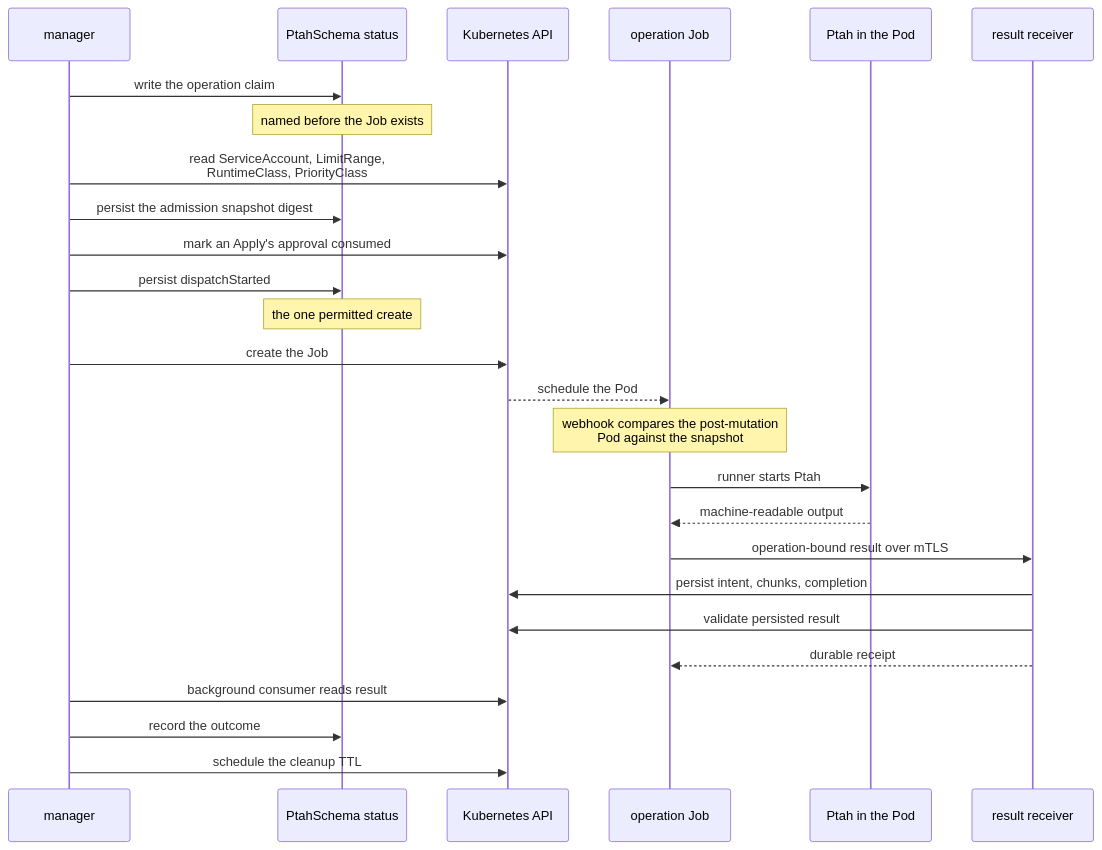
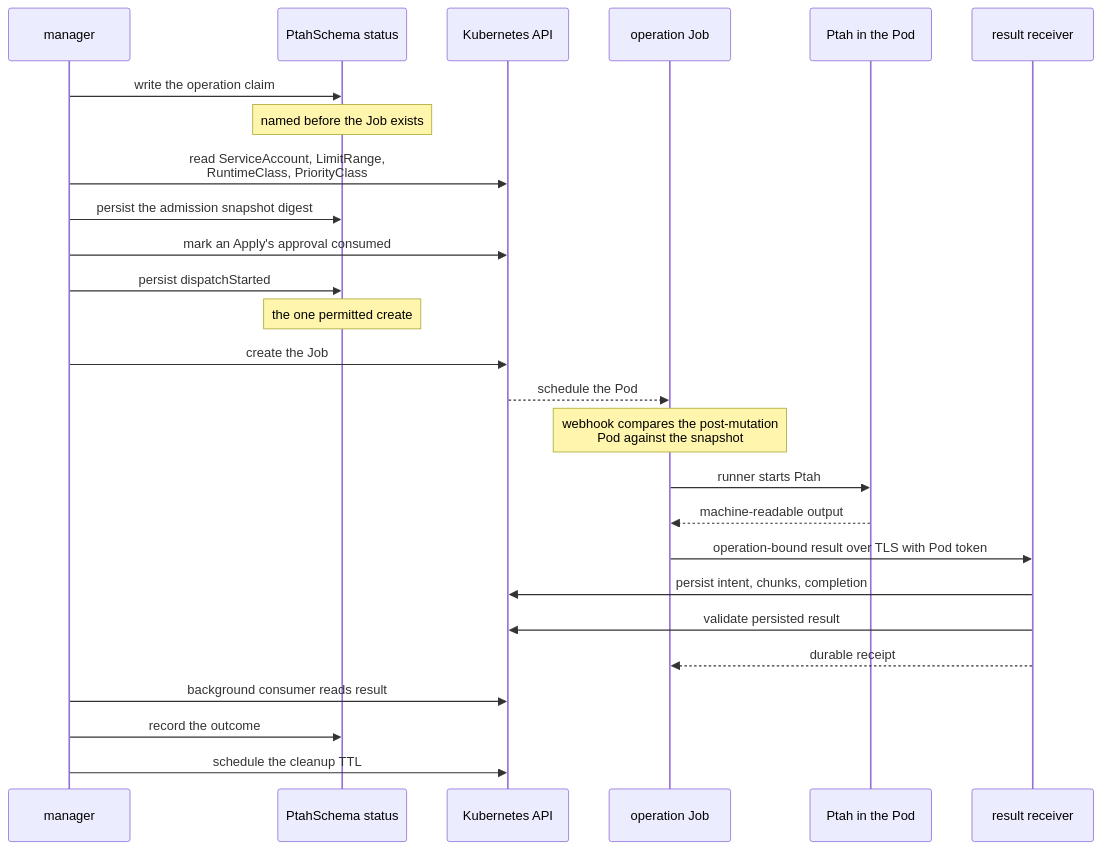
The diagram in docs/site/src/content/docs/reference/execution.md (stokaro/ptah-operator), drawn with Mermaid before and after one commit. The commit also changed 35 other files, not shown here.

Commit message:
Replace per-operation result Secrets with Pod-bound tokens

````diff
--- a/docs/site/src/content/docs/reference/execution.md
+++ b/docs/site/src/content/docs/reference/execution.md
@@ -14,29 +14,29 @@
 ```mermaid
 sequenceDiagram
   participant C as manager
   participant S as PtahSchema status
   participant K as Kubernetes API
   participant J as operation Job
   participant P as Ptah in the Pod
   participant R as result receiver
 
   C->>S: write the operation claim
   Note over S: named before the Job exists
   C->>K: read ServiceAccount, LimitRange,<br/>RuntimeClass, PriorityClass
   C->>S: persist the admission snapshot digest
   C->>K: mark an Apply's approval consumed
   C->>S: persist dispatchStarted
   Note over S: the one permitted create
   C->>K: create the Job
   K-->>J: schedule the Pod
   Note over J: webhook compares the post-mutation<br/>Pod against the snapshot
   J->>P: runner starts Ptah
   P-->>J: machine-readable output
-  J->>R: operation-bound result over mTLS
+  J->>R: operation-bound result over TLS with Pod token
   R->>K: persist intent, chunks, completion
   R->>K: validate persisted result
   R-->>J: durable receipt
   C->>K: background consumer reads result
   C->>S: record the outcome
   C->>K: schedule the cleanup TTL
 ```
````
